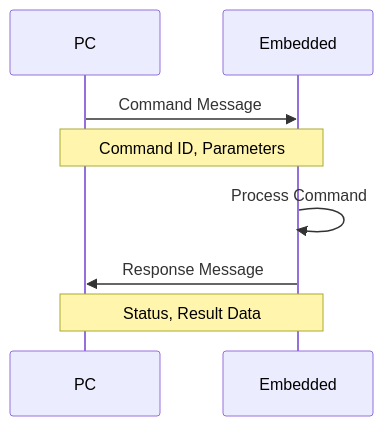
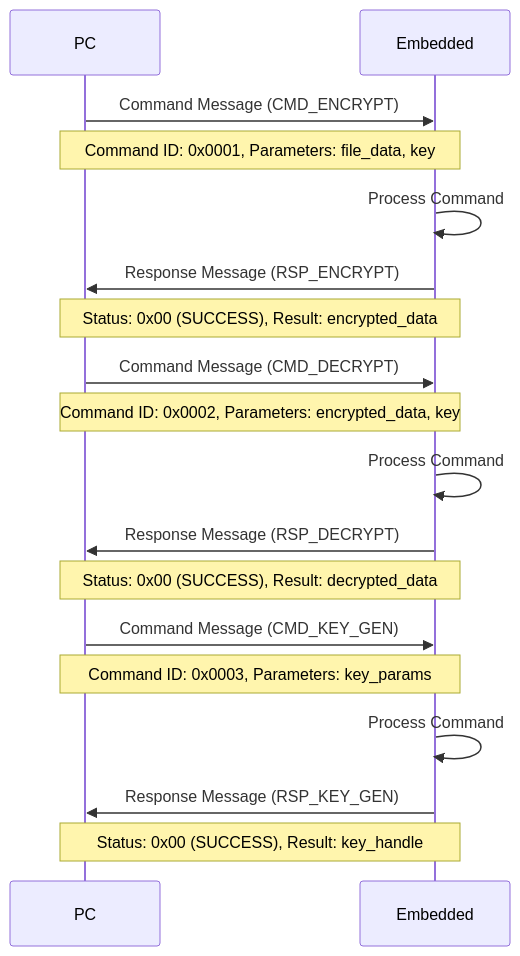
One commit to shahern004/CRUSTy-Core changed the second of 6 diagrams in Documentation/CRUSTY-Core_System_Design.md. Above: the diagram before and after it, drawn with Mermaid. The commit also changed other lines of this file, not shown here.

Commit message:
Fix Mermaid diagrams in system design document to resolve rendering issues

````diff
--- a/Documentation/CRUSTY-Core_System_Design.md
+++ b/Documentation/CRUSTY-Core_System_Design.md
@@ -303,11 +291,23 @@
 ```mermaid
 sequenceDiagram
     participant PC
     participant Embedded
     
-    PC->>Embedded: Command Message
-    Note over PC,Embedded: Command ID, Parameters
+    PC->>Embedded: Command Message (CMD_ENCRYPT)
+    Note over PC,Embedded: Command ID: 0x0001, Parameters: file_data, key
     Embedded->>Embedded: Process Command
-    Embedded->>PC: Response Message
-    Note over PC,Embedded: Status, Result Data
+    Embedded->>PC: Response Message (RSP_ENCRYPT)
+    Note over PC,Embedded: Status: 0x00 (SUCCESS), Result: encrypted_data
+    
+    PC->>Embedded: Command Message (CMD_DECRYPT)
+    Note over PC,Embedded: Command ID: 0x0002, Parameters: encrypted_data, key
+    Embedded->>Embedded: Process Command
+    Embedded->>PC: Response Message (RSP_DECRYPT)
+    Note over PC,Embedded: Status: 0x00 (SUCCESS), Result: decrypted_data
+    
+    PC->>Embedded: Command Message (CMD_KEY_GEN)
+    Note over PC,Embedded: Command ID: 0x0003, Parameters: key_params
+    Embedded->>Embedded: Process Command
+    Embedded->>PC: Response Message (RSP_KEY_GEN)
+    Note over PC,Embedded: Status: 0x00 (SUCCESS), Result: key_handle
 ```
````
